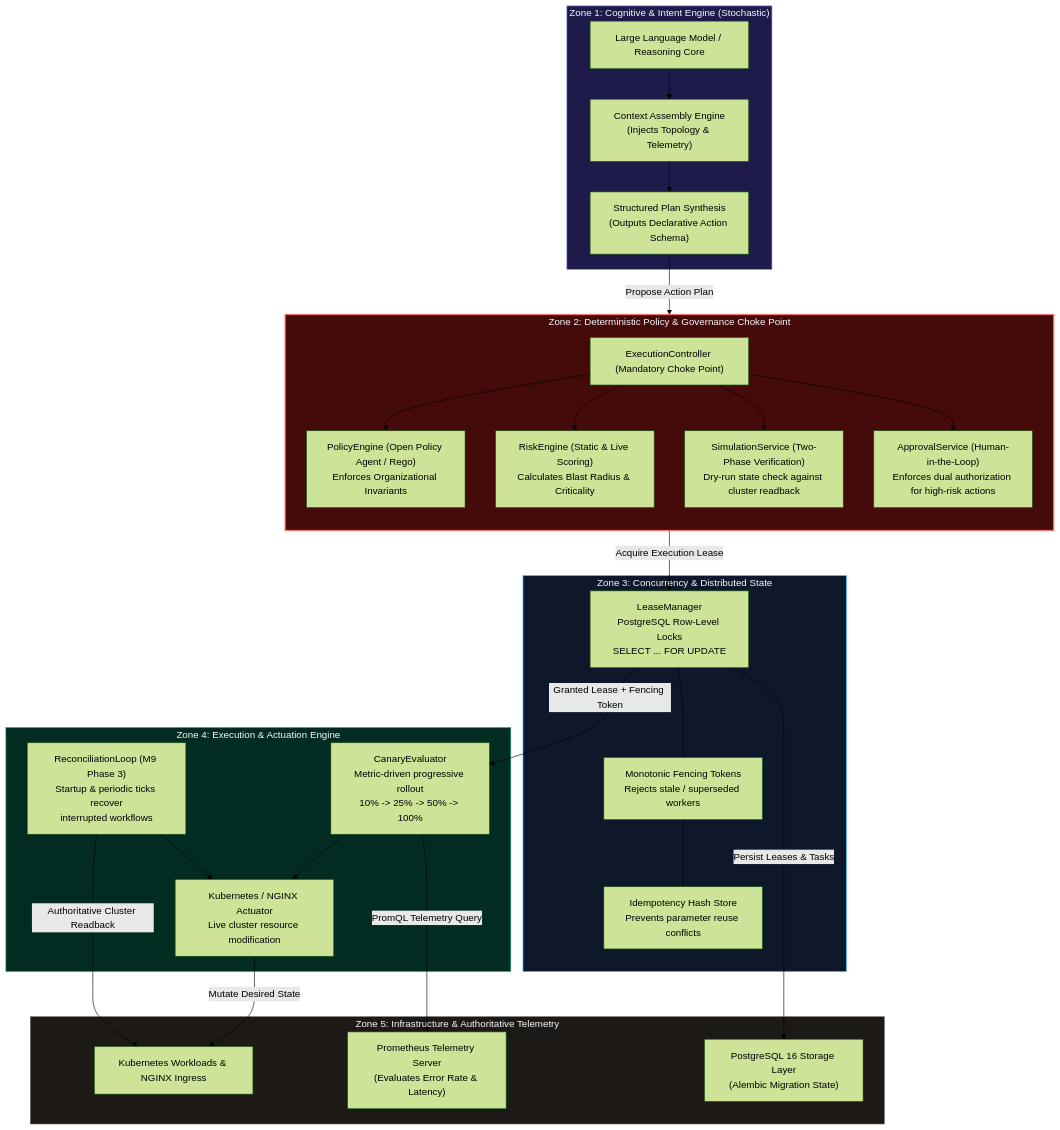
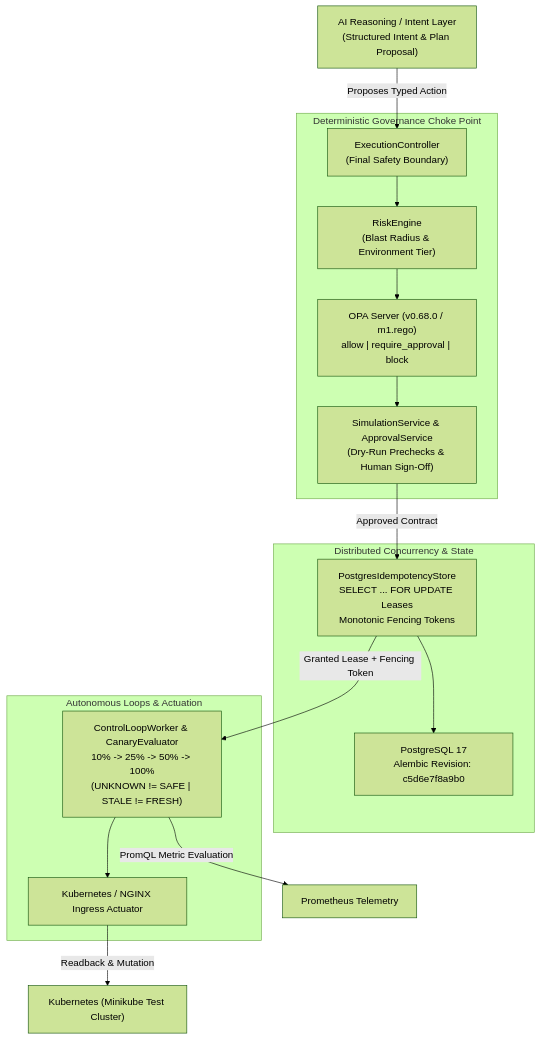
The diagram in projects/devops-jarvis/ARCHITECTURE.md (SUPRAVAT001/portfolio), drawn with Mermaid (forest theme) before and after one commit. The commit also changed other lines of this file and 51 other files, not shown here.

````diff
--- a/projects/devops-jarvis/ARCHITECTURE.md
+++ b/projects/devops-jarvis/ARCHITECTURE.md
@@ -9,58 +9,29 @@
 ```mermaid
 flowchart TD
-    subgraph Zone1["Zone 1: Cognitive & Intent Engine (Stochastic)"]
-        LLM["Large Language Model / Reasoning Core"]
-        PROMPT["Context Assembly Engine\n(Injects Topology & Telemetry)"]
-        INTENT["Structured Plan Synthesis\n(Outputs Declarative Action Schema)"]
-        LLM --> PROMPT --> INTENT
+    LLM["AI Reasoning / Intent Layer\n(Structured Intent & Plan Proposal)"] -->|"Proposes Typed Action"| CTRL
+
+    subgraph Governance["Deterministic Governance Choke Point"]
+        CTRL["ExecutionController\n(Final Safety Boundary)"]
+        RISK["RiskEngine\n(Blast Radius & Environment Tier)"]
+        OPA["OPA Server (v0.68.0 / m1.rego)\nallow | require_approval | block"]
+        SIM["SimulationService & ApprovalService\n(Dry-Run Prechecks & Human Sign-Off)"]
+        CTRL --> RISK --> OPA --> SIM
     end
 
-    subgraph Zone2["Zone 2: Deterministic Policy & Governance Choke Point"]
-        direction TB
-        GATE["ExecutionController (Mandatory Choke Point)"]
-        POLICY["PolicyEngine (Open Policy Agent / Rego)\nEnforces Organizational Invariants"]
-        RISK["RiskEngine (Static & Live Scoring)\nCalculates Blast Radius & Criticality"]
-        SIM["SimulationService (Two-Phase Verification)\nDry-run state check against cluster readback"]
-        APPROVAL["ApprovalService (Human-in-the-Loop)\nEnforces dual authorization for high-risk actions"]
-        
-        GATE --> POLICY
-        GATE --> RISK
-        GATE --> SIM
-        GATE --> APPROVAL
+    subgraph Concurrency["Distributed Concurrency & State"]
+        LEASE["PostgresIdempotencyStore\nSELECT ... FOR UPDATE Leases\nMonotonic Fencing Tokens"]
+        PG["PostgreSQL 17\nAlembic Revision: c5d6e7f8a9b0"]
+        LEASE --> PG
     end
 
-    subgraph Zone3["Zone 3: Concurrency & Distributed State"]
-        LEASE["LeaseManager\nPostgreSQL Row-Level Locks\nSELECT ... FOR UPDATE"]
-        FENCE["Monotonic Fencing Tokens\nRejects stale / superseded workers"]
-        IDEMP["Idempotency Hash Store\nPrevents parameter reuse conflicts"]
-        LEASE --- FENCE --- IDEMP
+    subgraph Execution["Autonomous Loops & Actuation"]
+        WORKER["ControlLoopWorker & CanaryEvaluator\n10% -> 25% -> 50% -> 100%\n(UNKNOWN != SAFE | STALE != FRESH)"]
+        ACT["Kubernetes / NGINX Ingress Actuator"]
+        WORKER --> ACT
     end
 
-    subgraph Zone4["Zone 4: Execution & Actuation Engine"]
-        CANARY["CanaryEvaluator\nMetric-driven progressive rollout\n10% -> 25% -> 50% -> 100%"]
-        RECON["ReconciliationLoop (M9 Phase 3)\nStartup & periodic ticks recover\ninterrupted workflows"]
-        ACTUATOR["Kubernetes / NGINX Actuator\nLive cluster resource modification"]
-        CANARY --> ACTUATOR
-        RECON --> ACTUATOR
-    end
-
-    subgraph Zone5["Zone 5: Infrastructure & Authoritative Telemetry"]
-        K8S["Kubernetes Workloads & NGINX Ingress"]
-        PROM["Prometheus Telemetry Server\n(Evaluates Error Rate & Latency)"]
-        DB["PostgreSQL 16 Storage Layer\n(Alembic Migration State)"]
-    end
-
-    INTENT -->|Propose Action Plan| GATE
-    GATE -->|Acquire Execution Lease| LEASE
-    LEASE -->|Granted Lease + Fencing Token| CANARY
-    CANARY -->|PromQL Telemetry Query| PROM
-    ACTUATOR -->|Mutate Desired State| K8S
-    RECON -->|Authoritative Cluster Readback| K8S
-    LEASE -->|Persist Leases & Tasks| DB
-
-    style Zone1 fill:#1e1b4b,stroke:#818cf8,stroke-width:1px,color:#f8fafc
-    style Zone2 fill:#450a0a,stroke:#f87171,stroke-width:2px,color:#f8fafc
-    style Zone3 fill:#0f172a,stroke:#38bdf8,stroke-width:1px,color:#f8fafc
-    style Zone4 fill:#022c22,stroke:#10b981,stroke-width:1px,color:#f8fafc
-    style Zone5 fill:#1c1917,stroke:#78716c,stroke-width:1px,color:#f8fafc
+    SIM -->|Approved Contract| LEASE
+    LEASE -->|Granted Lease + Fencing Token| WORKER
+    WORKER -->|PromQL Metric Evaluation| PROM["Prometheus Telemetry"]
+    ACT -->|Readback & Mutation| K8S["Kubernetes (Minikube Test Cluster)"]
 ```
````
